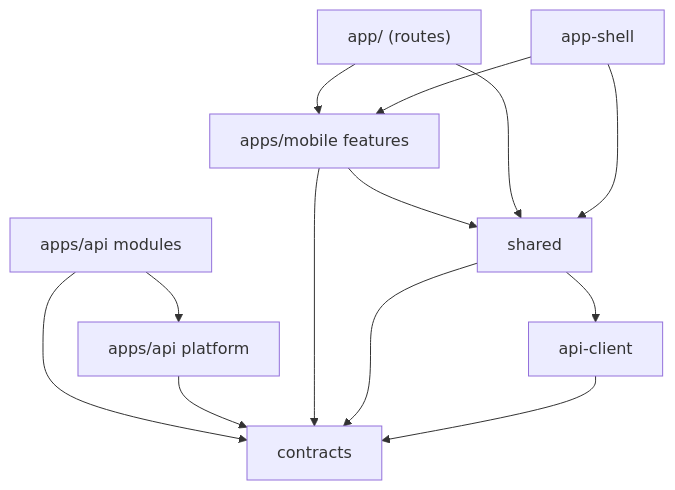
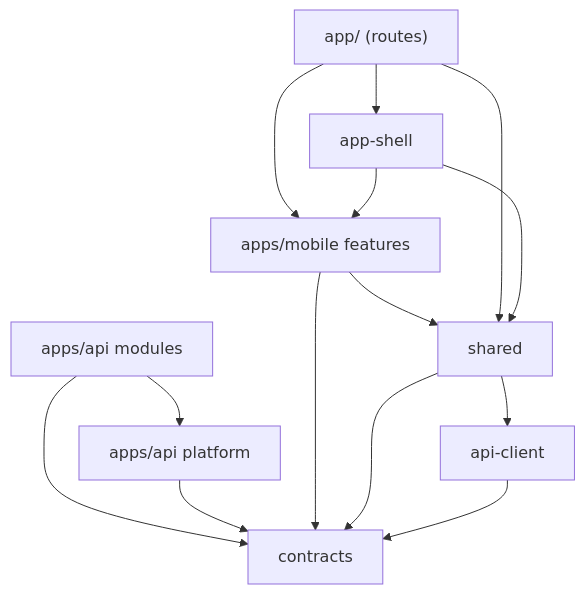
The third of 3 diagrams in docs/architecture/generated/module-map.md (ravichandola/knowYourRoute), drawn with Mermaid before and after one commit. The commit also changed other lines of this file and 98 other files, not shown here.

````diff
--- a/docs/architecture/generated/module-map.md
+++ b/docs/architecture/generated/module-map.md
@@ -93,23 +93,24 @@
 ```mermaid
 flowchart TB
   api_modules["apps/api modules"]
   pkg_contracts["contracts"]
   api_platform["apps/api platform"]
   mobile_routes["app/ (routes)"]
   mobile_shared["shared"]
   mobile_features["apps/mobile features"]
   pkg_api_client["api-client"]
   mobile_shell["app-shell"]
   api_modules --> api_platform
   api_modules --> pkg_contracts
   api_platform --> pkg_contracts
   mobile_features --> mobile_shared
   mobile_features --> pkg_contracts
   mobile_routes --> mobile_features
   mobile_routes --> mobile_shared
+  mobile_routes --> mobile_shell
   mobile_shared --> pkg_api_client
   mobile_shared --> pkg_contracts
   mobile_shell --> mobile_features
   mobile_shell --> mobile_shared
   pkg_api_client --> pkg_contracts
 ```
````
